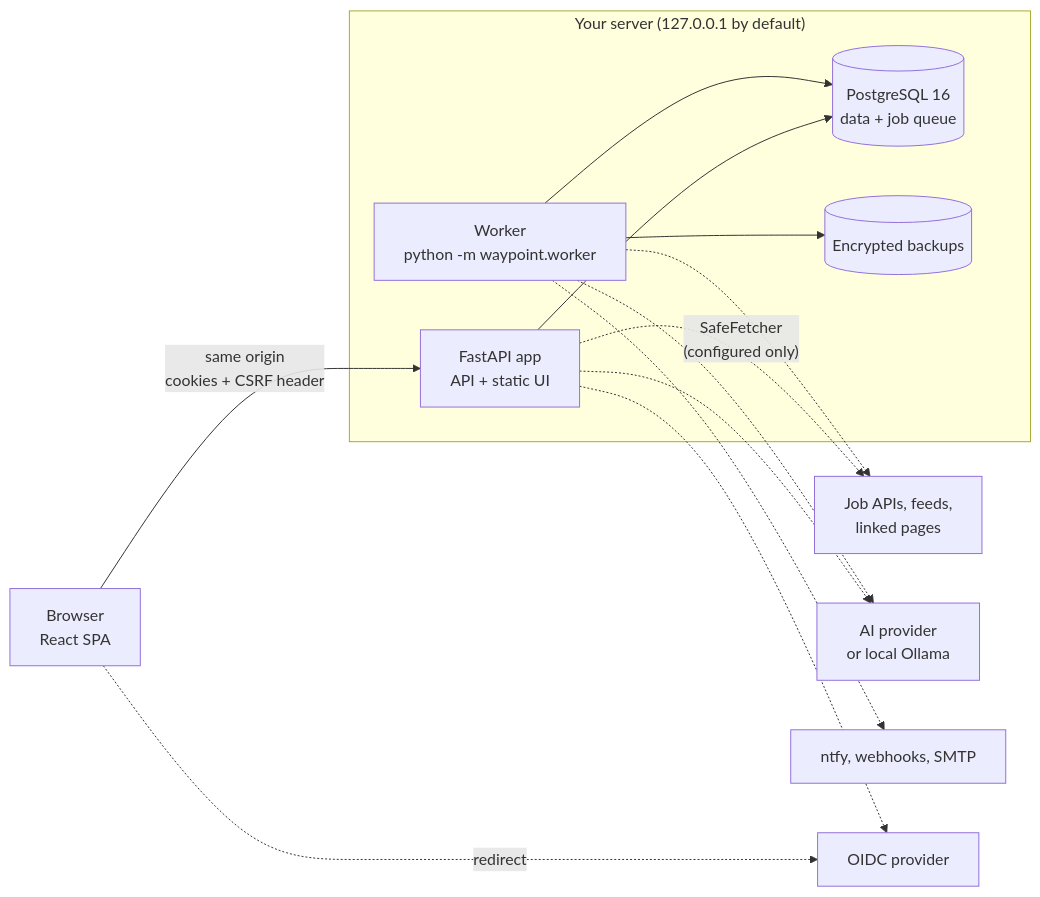
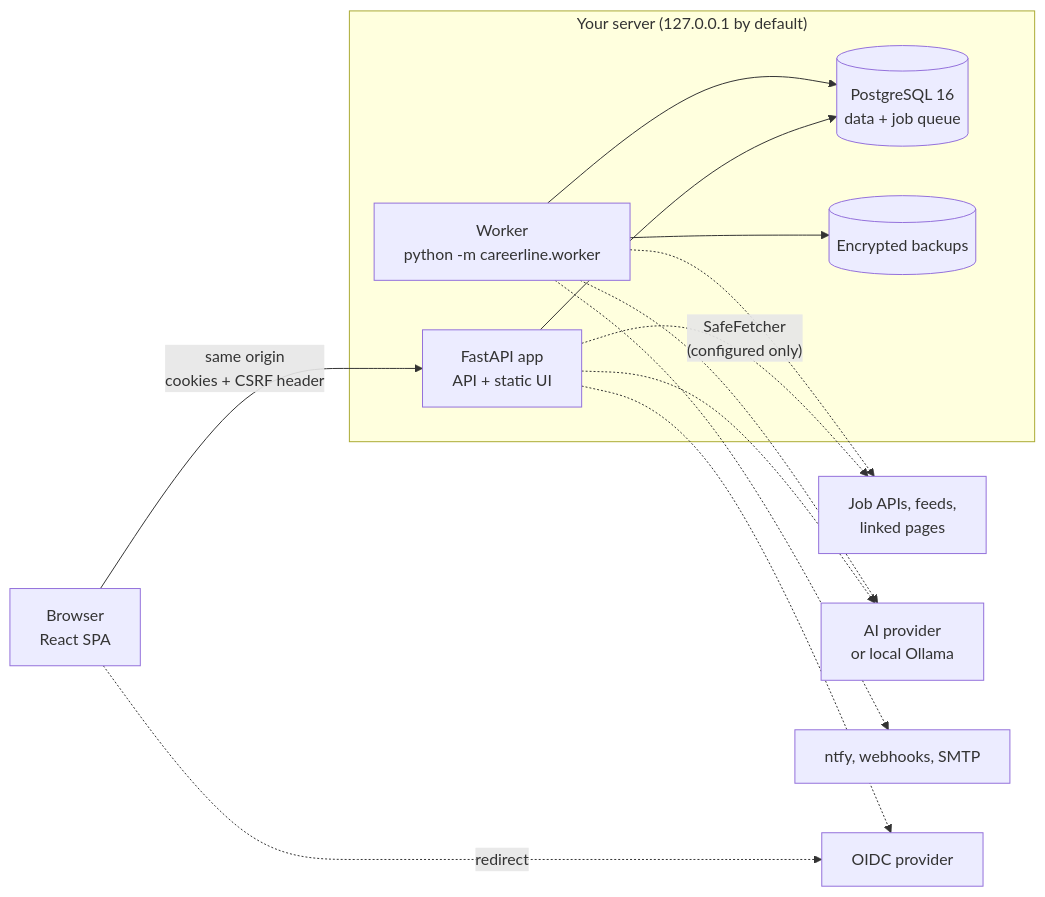
The first of 6 diagrams in docs/architecture.md (AffluentMods/careerline), drawn with Mermaid before and after one commit. The commit also changed other lines of this file and 236 other files, not shown here.

````diff
--- a/docs/architecture.md
+++ b/docs/architecture.md
@@ -5,16 +5,16 @@
 ```mermaid
 flowchart LR
   B[Browser<br/>React SPA] -- "same origin<br/>cookies + CSRF header" --> A
   subgraph Server["Your server (127.0.0.1 by default)"]
     A[FastAPI app<br/>API + static UI] --> P[(PostgreSQL 16<br/>data + job queue)]
-    W[Worker<br/>python -m waypoint.worker] --> P
+    W[Worker<br/>python -m careerline.worker] --> P
     W --> K[(Encrypted backups)]
   end
   A -. "SafeFetcher<br/>(configured only)" .-> J[Job APIs, feeds,<br/>linked pages]
   W -.-> J
   A -.-> L[AI provider<br/>or local Ollama]
   W -.-> L
   W -.-> N[ntfy, webhooks, SMTP]
   B -. "redirect" .-> O[OIDC provider]
   A -.-> O
 ```
````
